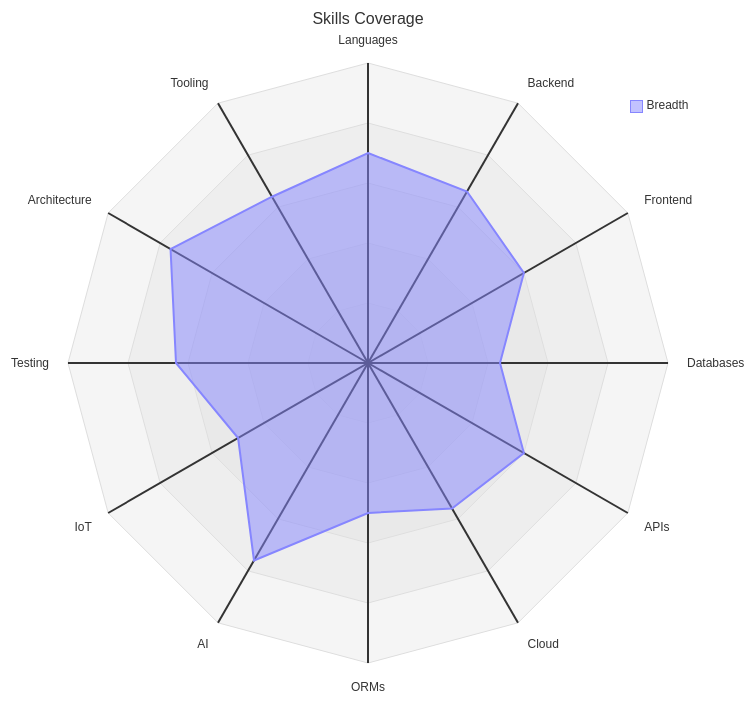
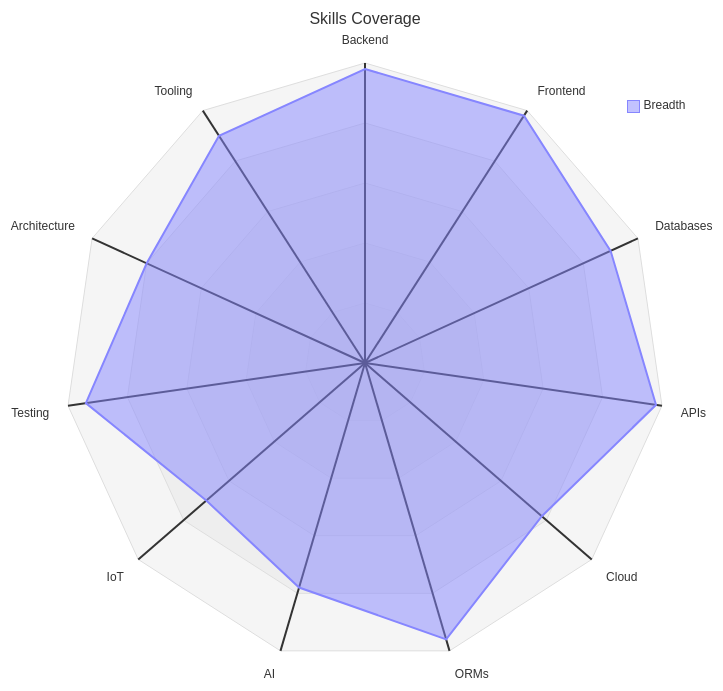
One commit to virgenherrera/virgenherrera changed the first of 2 diagrams in README.md. Above: the diagram before and after it, drawn with Mermaid. The commit also changed other lines of this file and 3 other files, not shown here.

First line of the commit message:
refactor: consolidate floating-actions CSS + calibrate radar chart

````diff
--- a/README.md
+++ b/README.md
@@ -40,9 +40,9 @@
 ```mermaid
 radar-beta
   title Skills Coverage
-  axis Languages, Backend, Frontend, Databases, APIs, Cloud, ORMs, AI, IoT, Testing, Architecture, Tooling
-  curve Breadth{3.5, 3.3, 3, 2.2, 3, 2.8, 2.5, 3.8, 2.5, 3.2, 3.8, 3.2}
+  axis Backend, Frontend, Databases, APIs, Cloud, ORMs, AI, IoT, Testing, Architecture, Tooling
+  curve Breadth{4.9, 4.9, 4.5, 4.9, 3.9, 4.8, 3.9, 3.5, 4.7, 4, 4.5}
   graticule polygon
   max 5
   min 0
 ```
````
